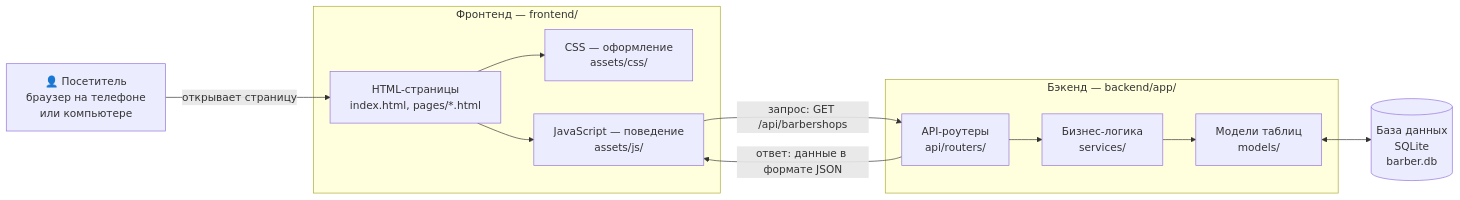
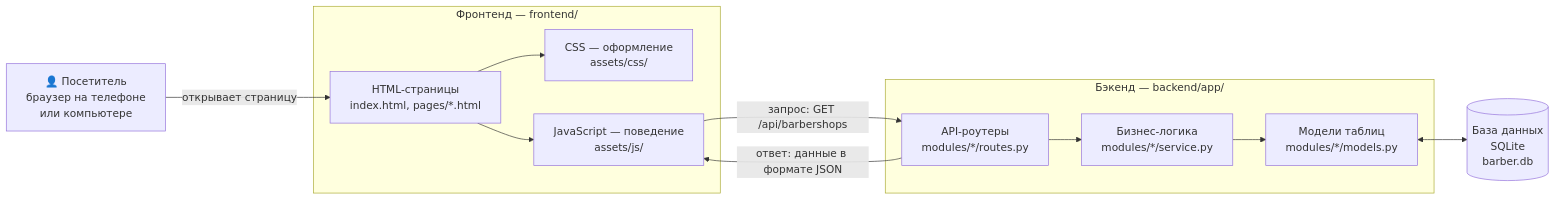
Before and after one commit to dodoser34/46: the diagram in docs/03-устройство/01-общая-схема.md, drawn with Mermaid. The commit also changed other lines of this file and 55 other files, not shown here.

First line of the commit message:
feat: implement catalog and shop modules with models, routes, and schemas

````diff
--- a/docs/03-устройство/01-общая-схема.md
+++ b/docs/03-устройство/01-общая-схема.md
@@ -20,24 +20,24 @@
 ```mermaid
 flowchart LR
     U["👤 Посетитель<br/>браузер на телефоне<br/>или компьютере"]
     subgraph F["Фронтенд — frontend/"]
       H["HTML-страницы<br/>index.html, pages/*.html"]
       C["CSS — оформление<br/>assets/css/"]
       J["JavaScript — поведение<br/>assets/js/"]
     end
     subgraph B["Бэкенд — backend/app/"]
-      A["API-роутеры<br/>api/routers/"]
-      S["Бизнес-логика<br/>services/"]
-      M["Модели таблиц<br/>models/"]
+      A["API-роутеры<br/>modules/*/routes.py"]
+      S["Бизнес-логика<br/>modules/*/service.py"]
+      M["Модели таблиц<br/>modules/*/models.py"]
     end
     D[("База данных<br/>SQLite<br/>barber.db")]
 
     U -- "открывает страницу" --> H
     H --> C
     H --> J
     J -- "запрос: GET /api/barbershops" --> A
     A --> S
     S --> M
     M <--> D
     A -- "ответ: данные в формате JSON" --> J
 ```
````
